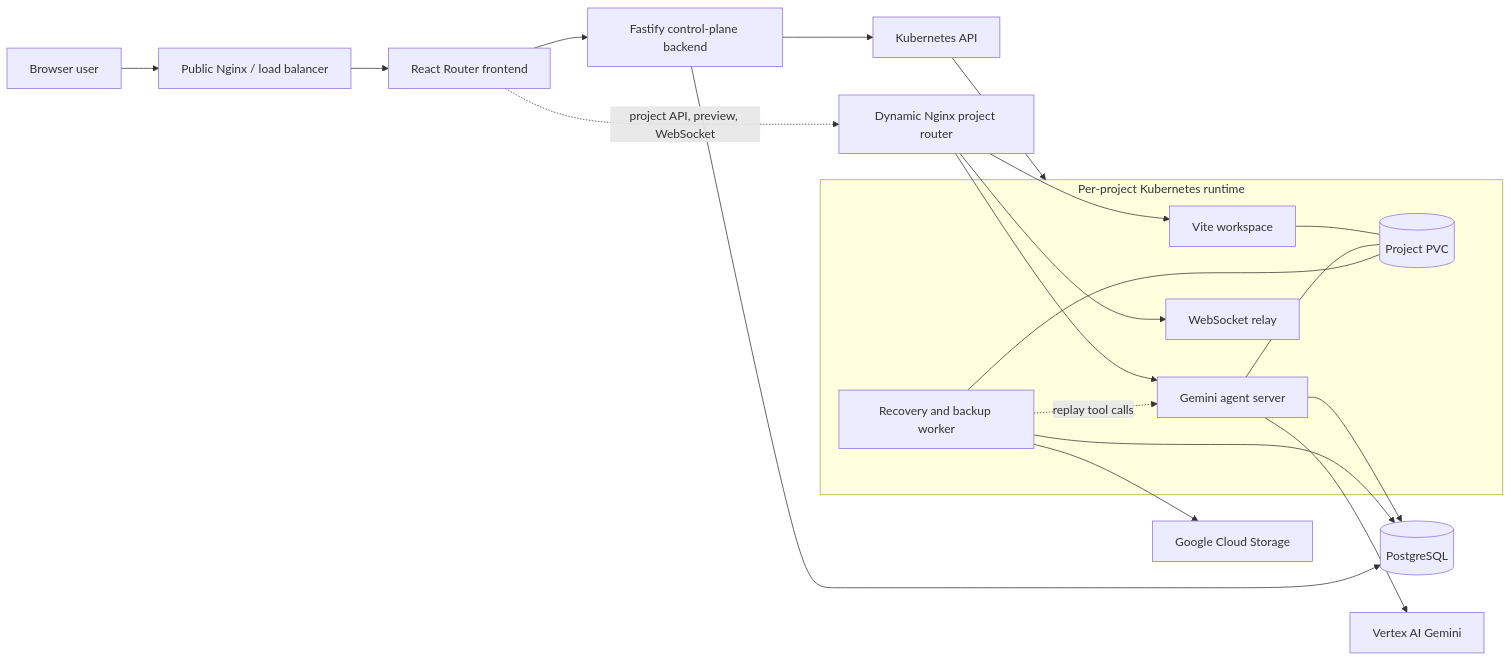
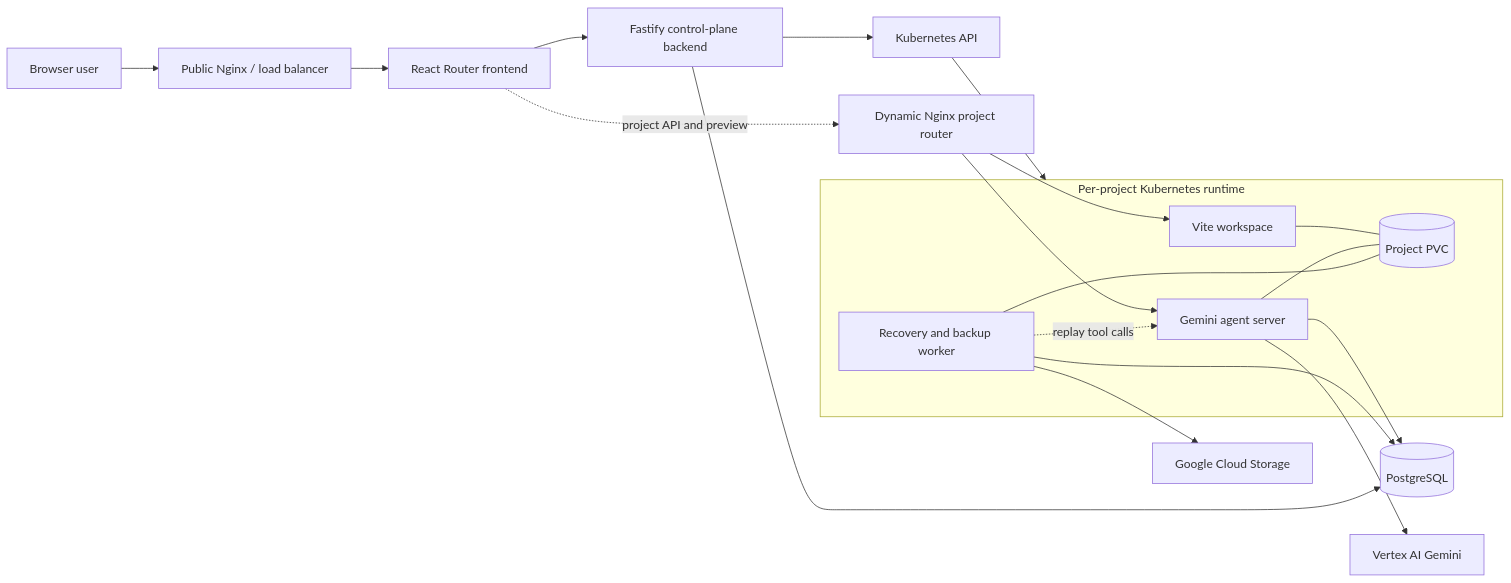
One commit to amSinghTarun/website-fe-builder changed the first of 3 diagrams in arch.md. Above: the diagram before and after it, drawn with Mermaid. The commit also changed other lines of this file and 19 other files, not shown here.

````diff
--- a/arch.md
+++ b/arch.md
@@ -29,40 +28,38 @@
 ```mermaid
 flowchart LR
     User["Browser user"]
     PublicProxy["Public Nginx / load balancer"]
     Frontend["React Router frontend"]
     Backend["Fastify control-plane backend"]
     DB[("PostgreSQL")]
     K8s["Kubernetes API"]
     DynamicProxy["Dynamic Nginx project router"]
 
     subgraph ProjectRuntime["Per-project Kubernetes runtime"]
         Workspace["Vite workspace"]
         Agent["Gemini agent server"]
-        WS["WebSocket relay"]
         Recovery["Recovery and backup worker"]
         PVC[("Project PVC")]
         Workspace --- PVC
         Agent --- PVC
         Recovery --- PVC
     end
 
     Vertex["Vertex AI Gemini"]
     GCS["Google Cloud Storage"]
 
     User --> PublicProxy
     PublicProxy --> Frontend
     Frontend --> Backend
     Backend --> DB
     Backend --> K8s
     K8s --> ProjectRuntime
-    Frontend -. "project API, preview, WebSocket" .-> DynamicProxy
+    Frontend -. "project API and preview" .-> DynamicProxy
     DynamicProxy --> Agent
     DynamicProxy --> Workspace
-    DynamicProxy --> WS
     Agent --> DB
     Agent --> Vertex
     Recovery --> DB
     Recovery --> GCS
     Recovery -. "replay tool calls" .-> Agent
 ```
````
